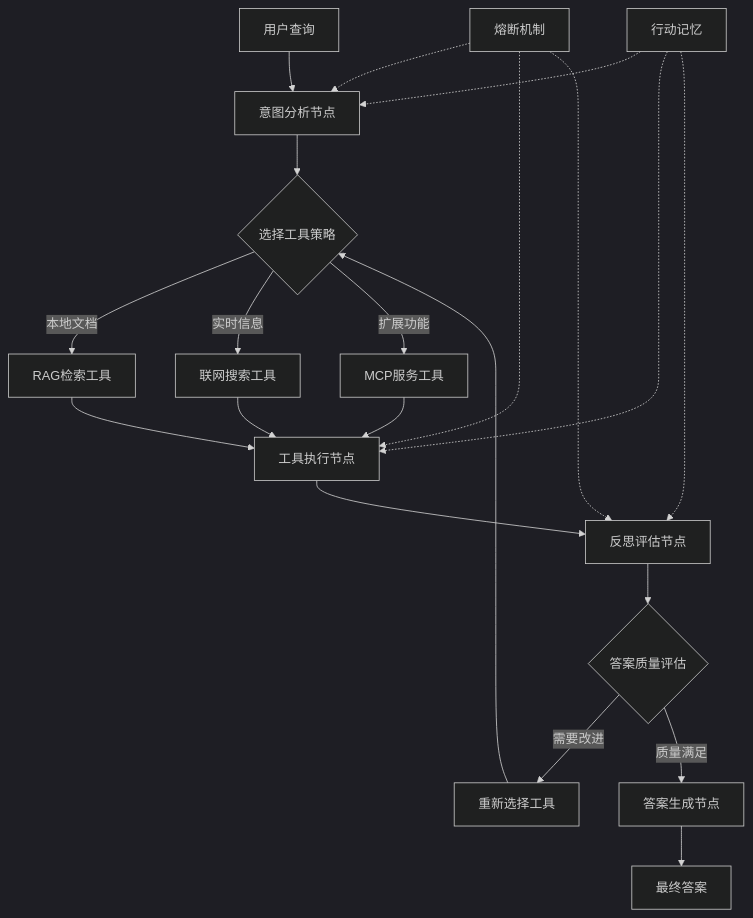
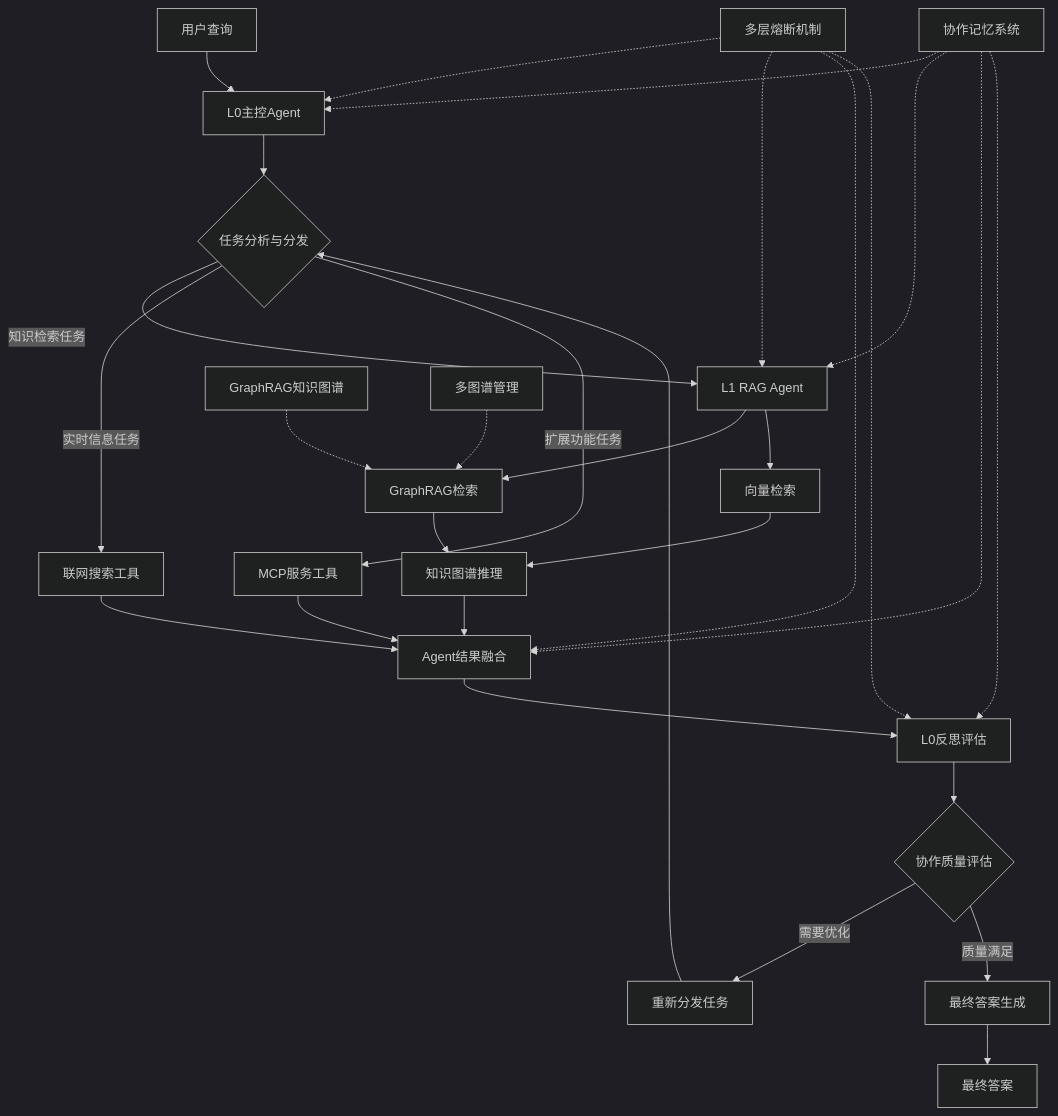
The diagram in README.md (Yudewei1112/Agent-enterprise-knowledge-base), drawn with Mermaid (dark theme) before and after one commit. The commit also changed other lines of this file and 14 other files, not shown here.

Commit message:
新增开源：L1_agent_rag

````diff
--- a/README.md
+++ b/README.md
@@ -185,25 +199,36 @@
 ```mermaid
 graph TD
-    A[用户查询] --> B[意图分析节点]
-    B --> C{选择工具策略}
-    C -->|本地文档| D[RAG检索工具]
-    C -->|实时信息| E[联网搜索工具]
-    C -->|扩展功能| F[MCP服务工具]
-    D --> G[工具执行节点]
+    A[用户查询] --> B[L0主控Agent]
+    B --> C{任务分析与分发}
+    C -->|知识检索任务| D[L1 RAG Agent]
+    C -->|实时信息任务| E[联网搜索工具]
+    C -->|扩展功能任务| F[MCP服务工具]
+    
+    D --> D1[GraphRAG检索]
+    D --> D2[向量检索]
+    D1 --> D3[知识图谱推理]
+    D2 --> D3
+    D3 --> G[Agent结果融合]
+    
     E --> G
     F --> G
-    G --> H[反思评估节点]
-    H --> I{答案质量评估}
-    I -->|需要改进| J[重新选择工具]
-    I -->|质量满足| K[答案生成节点]
+    G --> H[L0反思评估]
+    H --> I{协作质量评估}
+    I -->|需要优化| J[重新分发任务]
+    I -->|质量满足| K[最终答案生成]
     J --> C
     K --> L[最终答案]
     
-    M[熔断机制] -.-> B
+    M[多层熔断机制] -.-> B
+    M -.-> D
     M -.-> G
     M -.-> H
     
-    N[行动记忆] -.-> B
+    N[协作记忆系统] -.-> B
+    N -.-> D
     N -.-> G
     N -.-> H
+    
+    O[GraphRAG知识图谱] -.-> D1
+    P[多图谱管理] -.-> D1
 ```
````
